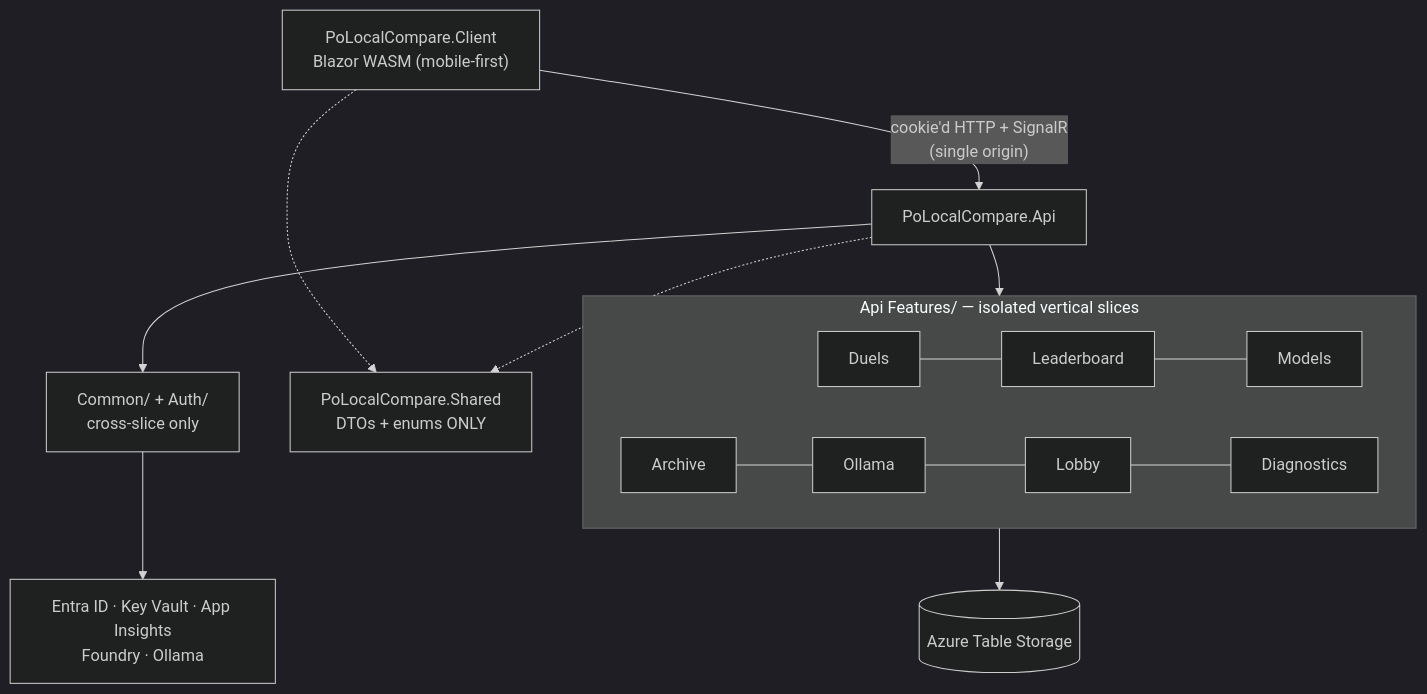
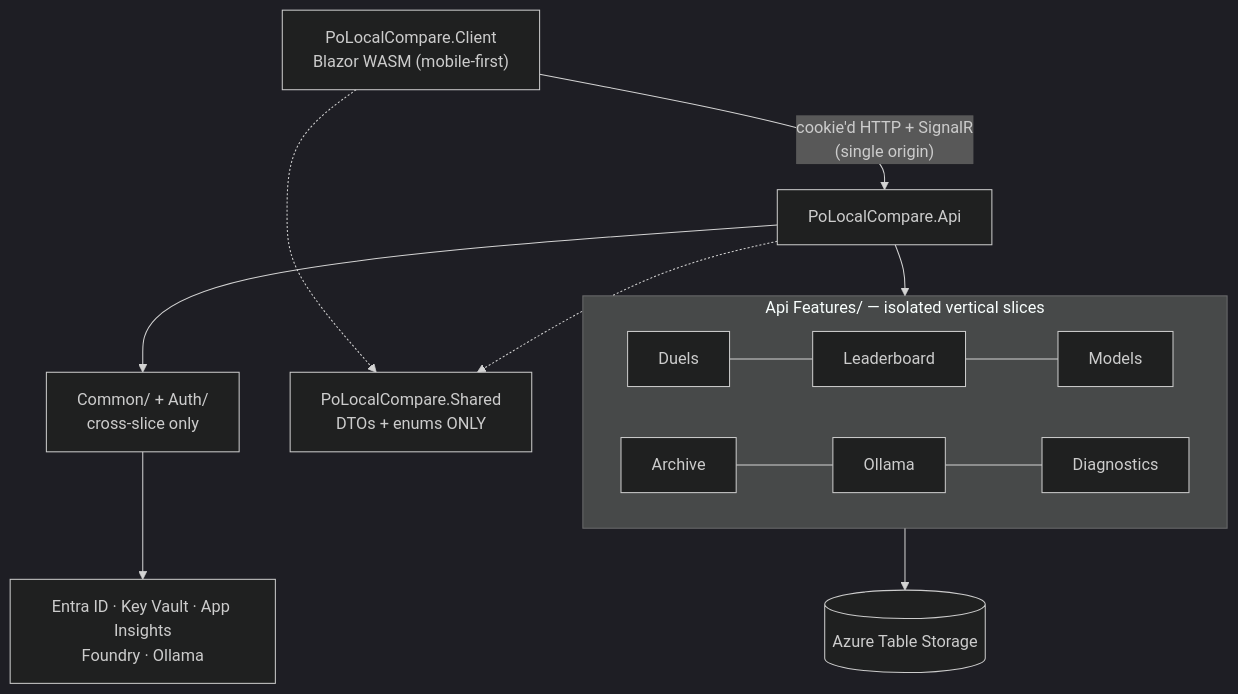
One commit to punkouter26/PoLocalCompare changed the diagram in docs/Architecture_VSA_Blueprint_simplified.mmd. Above: the diagram before and after it, drawn with Mermaid (dark theme). The commit also changed 33 other files, not shown here.

```diff
--- a/docs/Architecture_VSA_Blueprint_simplified.mmd
+++ b/docs/Architecture_VSA_Blueprint_simplified.mmd
@@ -1,15 +1,15 @@
 %% Simplified VSA topology.
 graph TD
     CLIENT["PoLocalCompare.Client<br/>Blazor WASM (mobile-first)"] -->|"cookie'd HTTP + SignalR<br/>(single origin)"| API["PoLocalCompare.Api"]
     CLIENT -.-> SHARED["PoLocalCompare.Shared<br/>DTOs + enums ONLY"]
     API -.-> SHARED
 
     subgraph API_Slices["Api Features/ — isolated vertical slices"]
         D["Duels"] --- L["Leaderboard"] --- M["Models"]
-        A["Archive"] --- O["Ollama"] --- LB["Lobby"] --- DG["Diagnostics"]
+        A["Archive"] --- O["Ollama"] --- DG["Diagnostics"]
     end
     API --> API_Slices
     API --> COMMON["Common/ + Auth/<br/>cross-slice only"]
 
     API_Slices --> TS[("Azure Table Storage")]
     COMMON --> EXT["Entra ID · Key Vault · App Insights<br/>Foundry · Ollama"]
```
